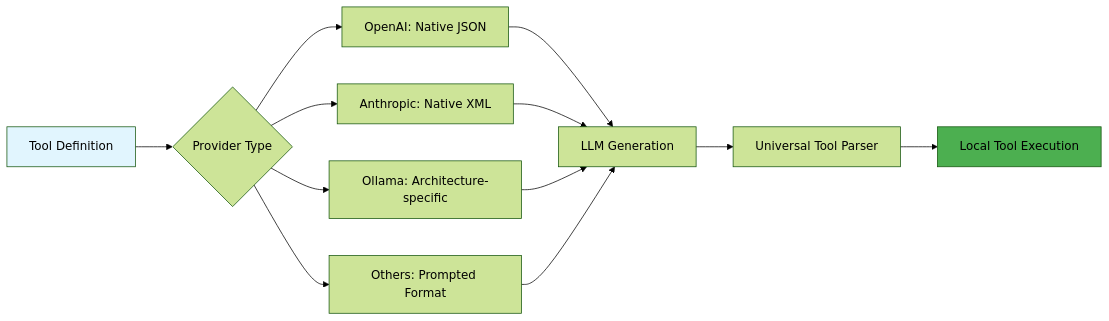
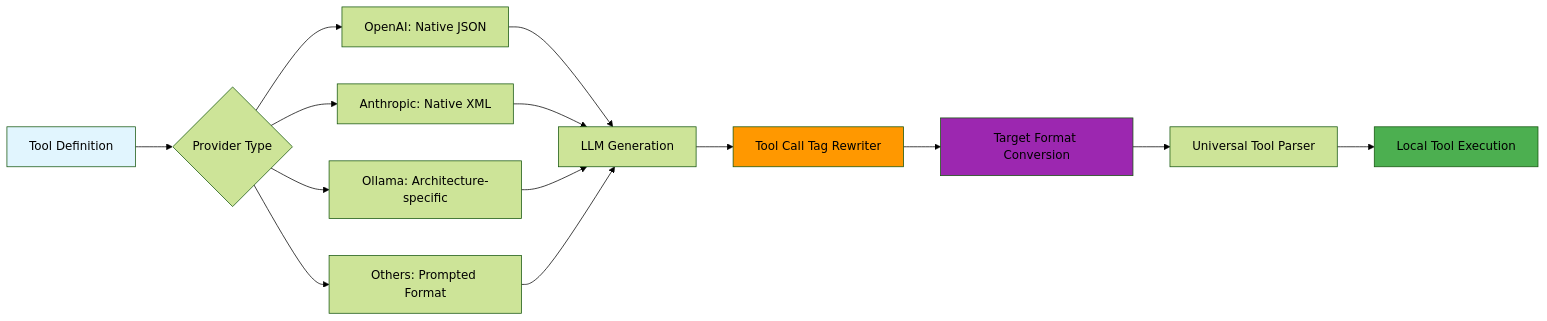
The fifth of 12 diagrams in docs/architecture.md (lpalbou/AbstractCore), drawn with Mermaid (forest theme) before and after one commit. The commit also changed other lines of this file and 4 other files, not shown here.

````diff
--- a/docs/architecture.md
+++ b/docs/architecture.md
@@ -200,19 +200,23 @@
 ```mermaid
 graph LR
     A[Tool Definition] --> B{Provider Type}
     B --> C[OpenAI: Native JSON]
     B --> D[Anthropic: Native XML]
     B --> E[Ollama: Architecture-specific]
     B --> F[Others: Prompted Format]
 
     C --> G[LLM Generation]
     D --> G
     E --> G
     F --> G
 
-    G --> H[Universal Tool Parser]
-    H --> I[Local Tool Execution]
+    G --> H[Tool Call Tag Rewriter]
+    H --> I[Target Format Conversion]
+    I --> J[Universal Tool Parser]
+    J --> K[Local Tool Execution]
 
     style A fill:#e1f5fe
-    style I fill:#4caf50
+    style H fill:#ff9800
+    style I fill:#9c27b0
+    style K fill:#4caf50
 ```
````
